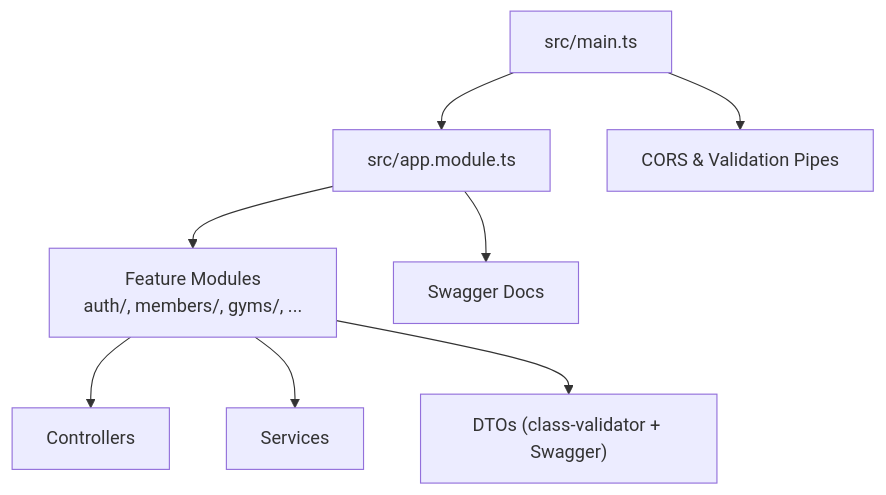
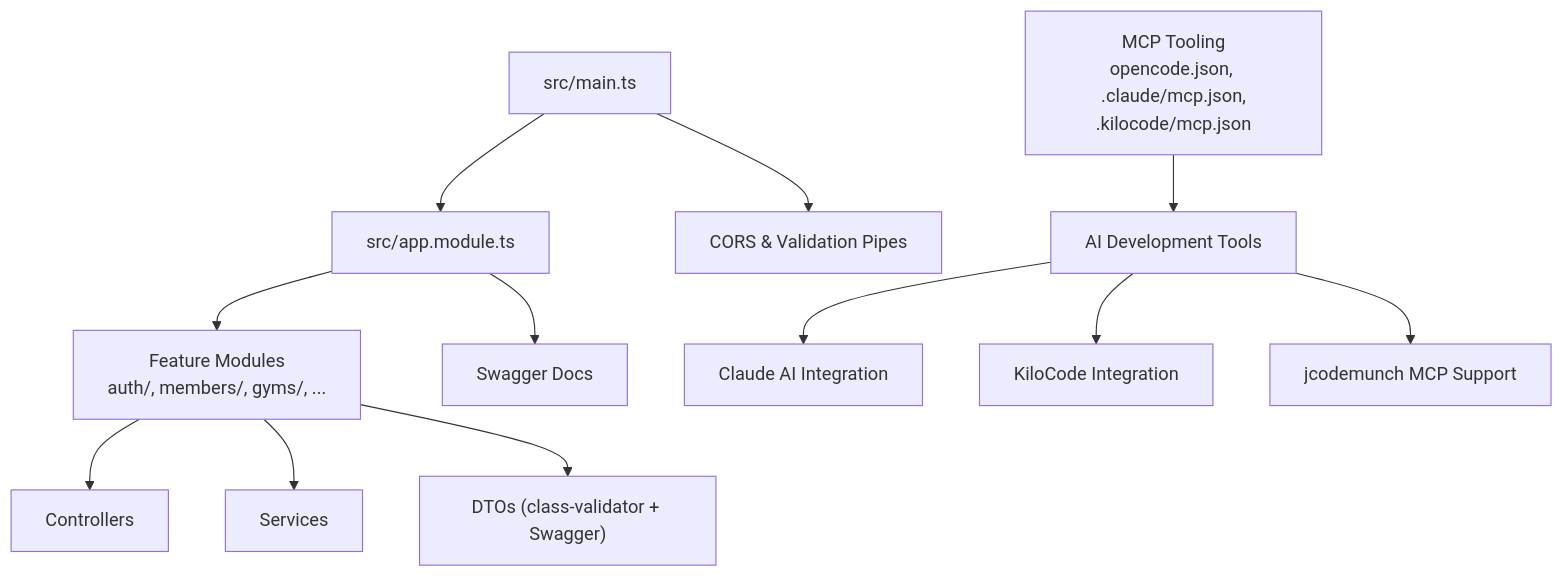
Before and after one commit to macintoshUserchg/nest_js_gym_backend_current: the first of 6 diagrams in .qoder/repowiki/en/content/Development Guidelines/Development Guidelines.md, drawn with Mermaid. The commit also changed other lines of this file and 53 other files, not shown here.

````diff
--- a/.qoder/repowiki/en/content/Development Guidelines/Development Guidelines.md
+++ b/.qoder/repowiki/en/content/Development Guidelines/Development Guidelines.md
@@ -53,10 +71,14 @@
 ```mermaid
 graph TB
 Main["src/main.ts"] --> AppModule["src/app.module.ts"]
 AppModule --> Modules["Feature Modules<br/>auth/, members/, gyms/, ..."]
 Modules --> Controllers["Controllers"]
 Modules --> Services["Services"]
 Modules --> DTOs["DTOs (class-validator + Swagger)"]
 AppModule --> Swagger["Swagger Docs"]
 Main --> CORS["CORS & Validation Pipes"]
+MCP["MCP Tooling<br/>opencode.json, .claude/mcp.json,<br/>.kilocode/mcp.json"] --> DevTools["AI Development Tools"]
+DevTools --> Claude["Claude AI Integration"]
+DevTools --> KiloCode["KiloCode Integration"]
+DevTools --> jCodeMunch["jcodemunch MCP Support"]
 ```
````
